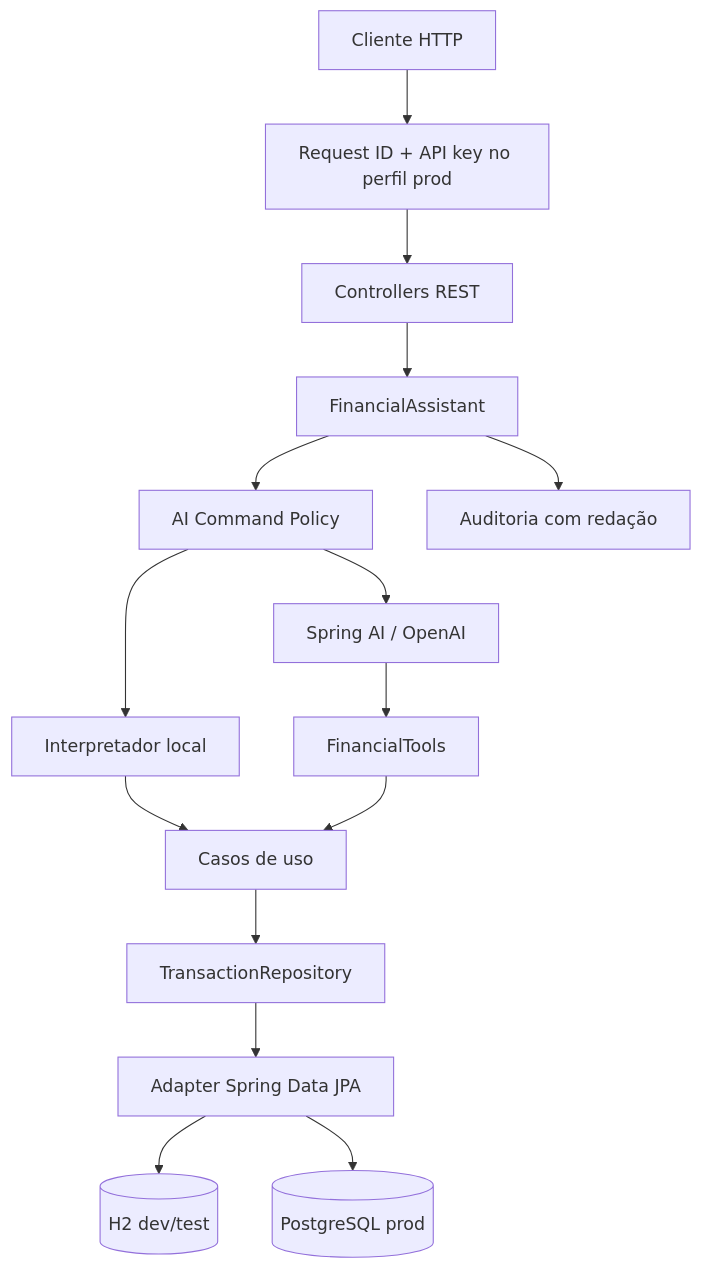
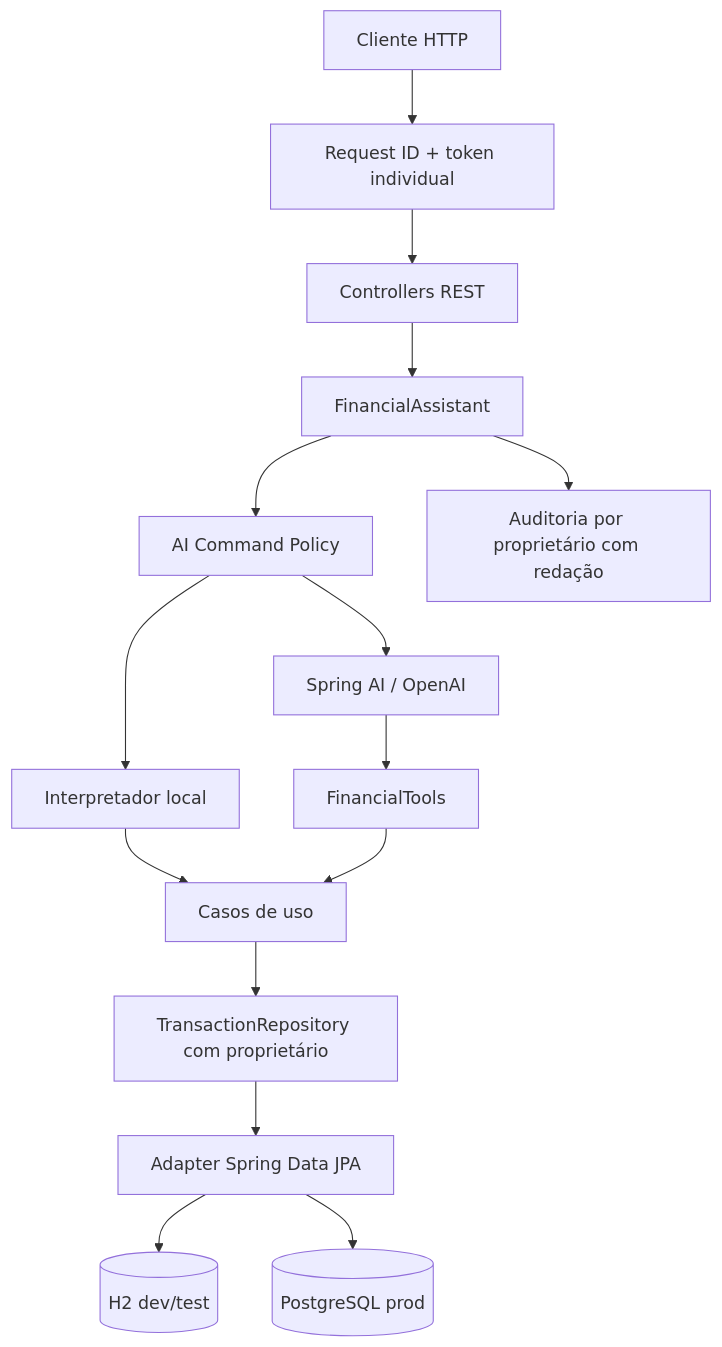
One commit to MauricioTaguchi/smart-budget-ai-api changed the diagram in docs/ARQUITETURA.md. Above: the diagram before and after it, drawn with Mermaid. The commit also changed other lines of this file and 55 other files, not shown here.

````diff
--- a/docs/ARQUITETURA.md
+++ b/docs/ARQUITETURA.md
@@ -3,17 +3,17 @@
 ```mermaid
 flowchart TD
-    Client[Cliente HTTP] --> Request[Request ID + API key no perfil prod]
+    Client[Cliente HTTP] --> Request[Request ID + token individual]
     Request --> Controllers[Controllers REST]
     Controllers --> Assistant[FinancialAssistant]
     Assistant --> Policy[AI Command Policy]
     Policy --> Demo[Interpretador local]
     Policy --> OpenAI[Spring AI / OpenAI]
     OpenAI --> Tools[FinancialTools]
     Demo --> UseCases[Casos de uso]
     Tools --> UseCases
-    UseCases --> Port[TransactionRepository]
+    UseCases --> Port[TransactionRepository com proprietário]
     Port --> Jpa[Adapter Spring Data JPA]
     Jpa --> H2[(H2 dev/test)]
     Jpa --> Pg[(PostgreSQL prod)]
-    Assistant --> Audit[Auditoria com redação]
+    Assistant --> Audit[Auditoria por proprietário com redação]
 ```
````
